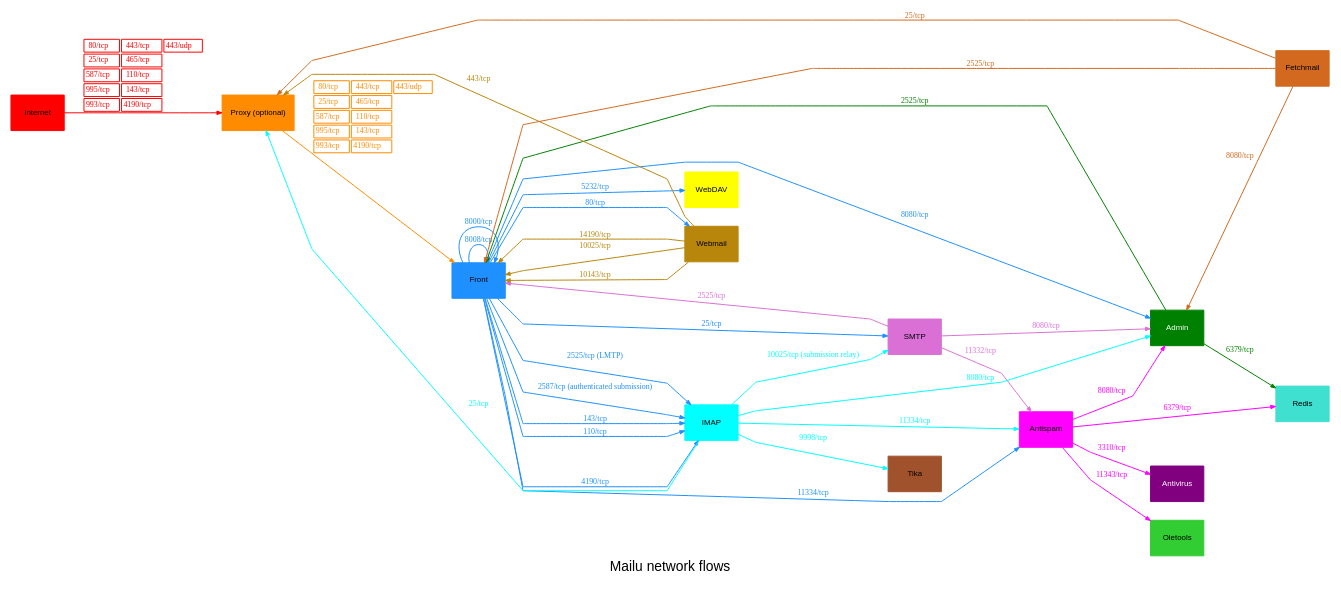
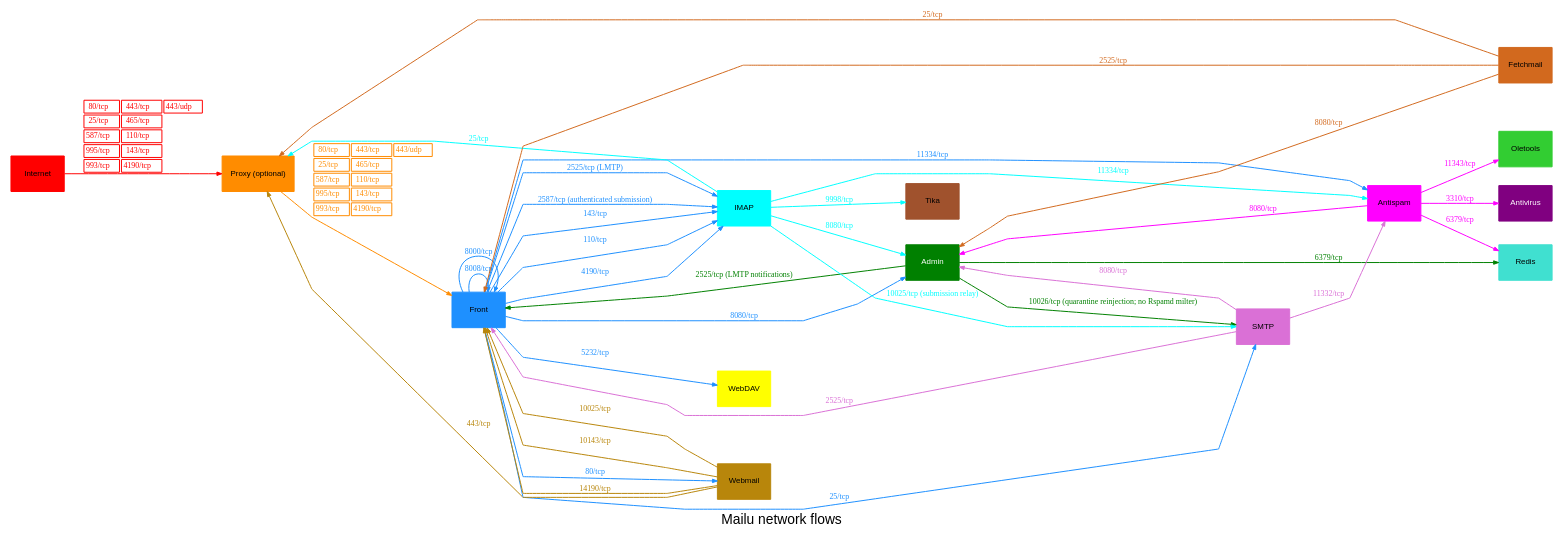
Before and after one commit to Mailu/Mailu: the diagram in docs/mailu-network-diagram.dot, drawn with Graphviz. The commit also changed 7 other files, not shown here.

```diff
--- a/docs/mailu-network-diagram.dot
+++ b/docs/mailu-network-diagram.dot
@@ -1,141 +1,142 @@
 digraph mailu {
     label = "Mailu network flows";
     fontname = "arial";
     
     node [shape = record; fontname = "arial"; fontsize = 8; style = filled; color = "#d3edea";];
     splines = "compound";
     // node [shape = "box"; fontsize = "10";];
     edge [fontsize = 8; arrowsize = 0.5;];
     
     # Components
     internet [label = "Internet"; color = "red";];
     proxy [label = "Proxy (optional)"; color = "darkorange";];
     front [label="Front"; color="dodgerblue";];
     admin [label="Admin"; color="green"; fontcolor="white";];
     smtp [label="SMTP"; color="orchid";];
     redis [label="Redis"; color="turquoise";];
     antispam [label="Antispam"; color="magenta";];
     antivirus [label="Antivirus"; color="purple"; fontcolor="white";];
     imap [label="IMAP"; color="cyan";];
     webdav [label="WebDAV"; color="yellow";];
     webmail [label="Webmail"; color="darkgoldenrod";];
     fetchmail [label="Fetchmail"; color="chocolate";];
     oletools [label="Oletools"; color="limegreen";];
     fts_attachments [label="Tika"; color="sienna";];
 
     rankdir=LR;
     {rank=min; internet};
     // {rank=3; proxy};
     // {rank=4; front};
     // {rank=same; admin smtp redis antispam antivirus imap};
     {rank=max; fetchmail};
 
     # Proxy from internet
 
     internet -> proxy [
         color="red";
         fontcolor="red";
         label = <
         <TABLE BORDER="0" CELLBORDER="1" CELLPADDING="1">
             <TR>
                 <TD>80/tcp</TD>
                 <TD>443/tcp</TD>
                 <TD>443/udp</TD>
             </TR>
             <TR>
                 <TD>25/tcp</TD>
                 <TD>465/tcp</TD>
             </TR>
             <TR>
                 <TD>587/tcp</TD>
                 <TD>110/tcp</TD>
             </TR>
             <TR>
                 <TD>995/tcp</TD>
                 <TD>143/tcp</TD>
             </TR>
             <TR>
                 <TD>993/tcp</TD>
                 <TD>4190/tcp</TD>
             </TR>
         </TABLE>
         >;
     ];
 
     # Front from proxy
     proxy -> front [
         color="darkorange";
         fontcolor="darkorange";
         label = <
         <TABLE BORDER="0" CELLBORDER="1" CELLPADDING="1">
             <TR>
                 <TD>80/tcp</TD>
                 <TD>443/tcp</TD>
                 <TD>443/udp</TD>
             </TR>
             <TR>
                 <TD>25/tcp</TD>
                 <TD>465/tcp</TD>
             </TR>
             <TR>
                 <TD>587/tcp</TD>
                 <TD>110/tcp</TD>
             </TR>
             <TR>
                 <TD>995/tcp</TD>
                 <TD>143/tcp</TD>
             </TR>
             <TR>
                 <TD>993/tcp</TD>
                 <TD>4190/tcp</TD>
             </TR>
         </TABLE>
         >;
     ];
     
     front -> front [label = "8008/tcp"; color="dodgerblue"; fontcolor="dodgerblue";];
     front -> front [label = "8000/tcp"; color="dodgerblue"; fontcolor="dodgerblue";];
     front -> admin [label = "8080/tcp"; color="dodgerblue"; fontcolor="dodgerblue";];
     front -> imap [label = "4190/tcp"; color="dodgerblue"; fontcolor="dodgerblue";];
     front -> imap [label = "2525/tcp (LMTP)"; color="dodgerblue"; fontcolor="dodgerblue";];
     front -> imap [label = "2587/tcp (authenticated submission)"; color="dodgerblue"; fontcolor="dodgerblue";];
     front -> imap [label = "143/tcp"; color="dodgerblue"; fontcolor="dodgerblue";];
     front -> imap [label = "110/tcp"; color="dodgerblue"; fontcolor="dodgerblue";];
     front -> smtp [label = "25/tcp"; color="dodgerblue"; fontcolor="dodgerblue";];
     front -> webmail [label = "80/tcp"; color="dodgerblue"; fontcolor="dodgerblue";];
     front -> antispam [label = "11334/tcp"; color="dodgerblue"; fontcolor="dodgerblue";];
     front -> webdav [label = "5232/tcp"; color="dodgerblue"; fontcolor="dodgerblue";];
     
     smtp -> admin [label = "8080/tcp"; color="orchid"; fontcolor="orchid";];
     smtp -> front [label = "2525/tcp"; color="orchid"; fontcolor="orchid";];
     smtp -> antispam [label = "11332/tcp"; color="orchid"; fontcolor="orchid";];
     
     imap -> admin [label = "8080/tcp"; color="cyan"; fontcolor="cyan";];
     imap -> antispam [label = "11334/tcp"; color="cyan"; fontcolor="cyan";];
     imap -> proxy [label = "25/tcp"; color="cyan"; fontcolor="cyan";];
     imap -> smtp [label = "10025/tcp (submission relay)"; color="cyan"; fontcolor="cyan";];
     imap -> fts_attachments [label = "9998/tcp"; color="cyan"; fontcolor="cyan";];
     
     webmail -> front [label = "14190/tcp"; color="darkgoldenrod"; fontcolor="darkgoldenrod";];
     webmail -> front [label = "10025/tcp"; color="darkgoldenrod"; fontcolor="darkgoldenrod";];
     webmail -> front [label = "10143/tcp"; color="darkgoldenrod"; fontcolor="darkgoldenrod";];
     # carddav
     webmail -> proxy [label = "443/tcp"; color="darkgoldenrod"; fontcolor="darkgoldenrod";];
     
     admin -> redis [label = "6379/tcp"; color="green"; fontcolor="green";];
-    admin -> front [label = "2525/tcp"; color="green"; fontcolor="green";];
+    admin -> front [label = "2525/tcp (LMTP notifications)"; color="green"; fontcolor="green";];
+    admin -> smtp [label = "10026/tcp (quarantine reinjection; no Rspamd milter)"; color="green"; fontcolor="green";];
     
     antispam -> redis [label = "6379/tcp"; color="magenta"; fontcolor="magenta";];
     antispam -> admin [label = "8080/tcp"; color="magenta"; fontcolor="magenta";];
     antispam -> oletools [label = "11343/tcp"; color="magenta"; fontcolor="magenta";];
     antispam -> antivirus [label = "3310/tcp"; color="magenta"; fontcolor="magenta";];
     
     fetchmail -> admin [label = "8080/tcp"; color="chocolate"; fontcolor="chocolate";];
     fetchmail -> proxy [label = "25/tcp"; color="chocolate"; fontcolor="chocolate";];
     fetchmail -> front [label = "2525/tcp"; color="chocolate"; fontcolor="chocolate";];
     #
     # those don't need internet:
     # oletools
     # fts_attachments
     # redis
 }
```
